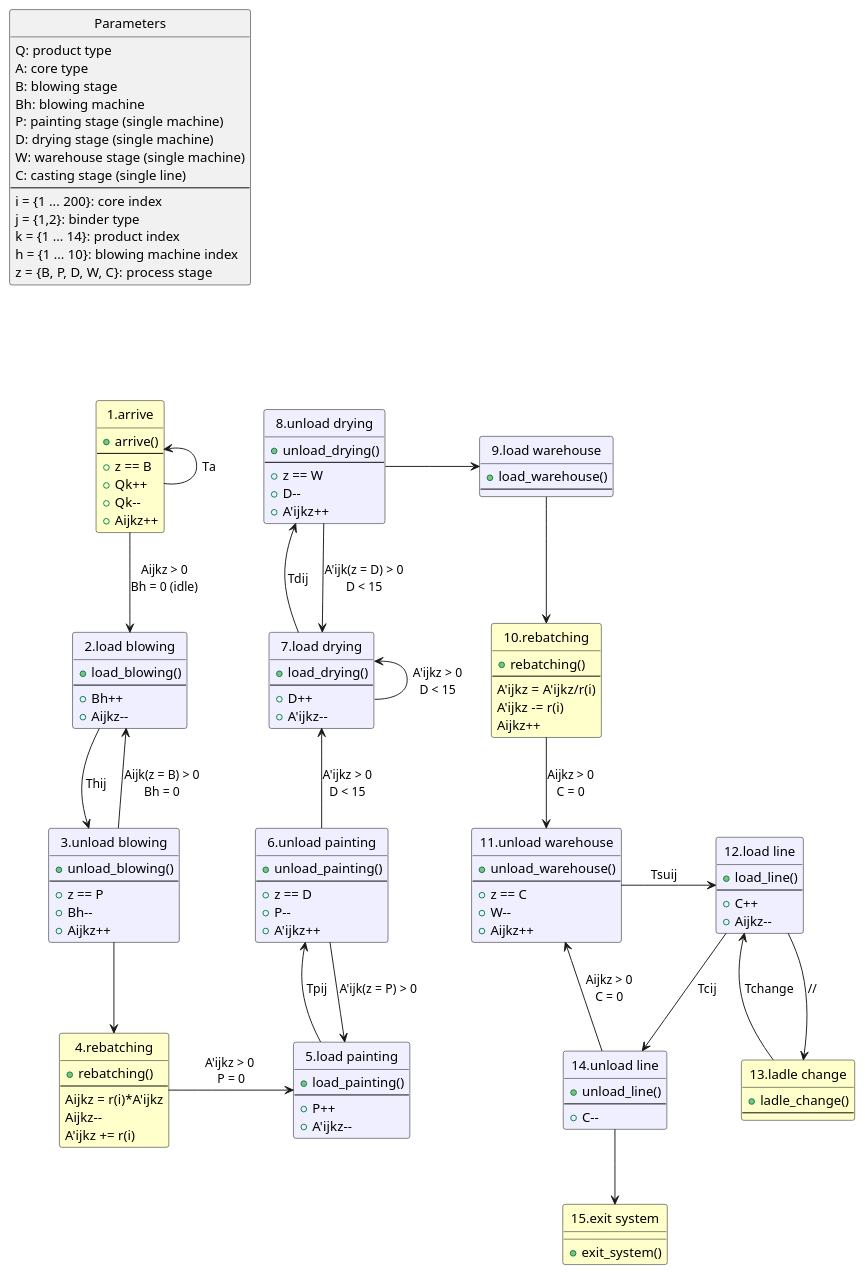
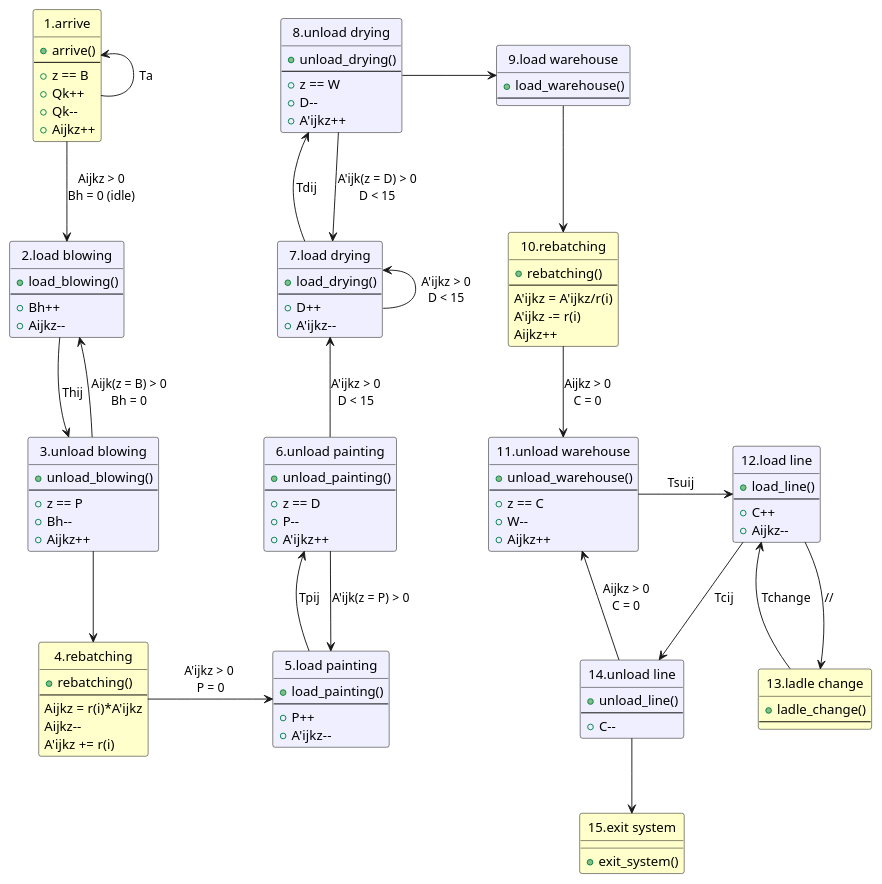
The diagram in graph.puml (michlanz/faSimJulia), drawn with PlantUML before and after one commit.

Commit message:
remove parameters

```diff
--- a/graph.puml
+++ b/graph.puml
@@ -1,177 +1,156 @@
 @startuml EventGraph
 hide circle
 hide stereotype
 
 skinparam class<<P>> {
     'BackgroundColor White
     FontColor Black
     BorderColor Black
 }
 skinparam class<<EG>> {
     BackgroundColor business
     FontColor Black
     BorderColor Black
 }
 skinparam class<<EL>> {
     BackgroundColor Motivation
     FontColor Black
     BorderColor Black
 }
 skinparam class<<EU>> {
     BackgroundColor Motivation
     FontColor Black
     BorderColor Black
-}
-
-'Parametri =====================================================
-class "Parameters" as params <<P>> {
-    Q: product type
-    A: core type
-    B: blowing stage
-    Bh: blowing machine
-    P: painting stage (single machine)
-    D: drying stage (single machine)
-    W: warehouse stage (single machine)
-    C: casting stage (single line)
-    'x: units per cart (max 40)
-    's: units per ladle
-    --
-    i = {1 ... 200}: core index
-    j = {1,2}: binder type
-    k = {1 ... 14}: product index
-    h = {1 ... 10}: blowing machine index
-    z = {B, P, D, W, C}: process stage
 }
 
 'Classi di evento =============================================
 class "1.arrive" as E1 <<EG>> {
     +arrive()
     --
     +z == B
     +Qk++
     +Qk--
     +Aijkz++
 }
 
 class "2.load blowing" as E2 <<EL>> {
     +load_blowing()
     --
     +Bh++
     +Aijkz--
 }
 
 class "3.unload blowing" as E3 <<EU>> {
     +unload_blowing()
     --
     +z == P
     +Bh--
     +Aijkz++
 }
 
 class "4.rebatching" as E4 <<EG>> {
     +rebatching()
     --
     Aijkz = r(i)*A'ijkz
     Aijkz--
     A'ijkz += r(i)
 }
 
 class "5.load painting" as E5 <<EL>> {
     +load_painting()
     --
     +P++
     +A'ijkz--
 }
 
 class "6.unload painting" as E6 <<EU>> {
     +unload_painting()
     --
     +z == D
     +P--
     +A'ijkz++
 }
 
 class "7.load drying" as E7 <<EL>> {
     +load_drying()
     --
     +D++
     +A'ijkz--
 }
 
 class "8.unload drying" as E8 <<EU>> {
     +unload_drying()
     --
     +z == W
     +D--
     +A'ijkz++
 }
 
 class "9.load warehouse" as E9 <<EL>> {
     +load_warehouse()
     --
 }
 
 class "10.rebatching" as E10 <<EG>> {
     +rebatching()
     --
     A'ijkz = A'ijkz/r(i)
     A'ijkz -= r(i)
     Aijkz++ 
 }
 
 class "11.unload warehouse" as E11 <<EU>> {
     +unload_warehouse()
     --
     +z == C
     +W--
     +Aijkz++
 }
 
 class "12.load line" as E12 <<EL>> {
     +load_line()
     --
     +C++
     +Aijkz--
 }
 
 class "13.ladle change" as E13 <<EG>> {
     +ladle_change()
     --
 }
 
 class "14.unload line" as E14 <<EU>> {
     +unload_line()
     --
     +C--
 }
 
 class "15.exit system" as E15 <<EG>> {
     +exit_system()
 }
 
 ' Archi =====================================================
-params -[hidden]--> E1
 E1 -up-> E1 : Ta
 E1 -down-> E2 : "Aijkz > 0\nBh = 0 (idle)"
 E2 -down-> E3 : Thij
 E3 -up-> E2 : "Aijk(z = B) > 0\nBh = 0"
 E3 -down-> E4
 E4 -right-> E5 : "      A'ijkz > 0       \nP = 0"
 E5 -up-> E6 : Tpij
 E6 -down-> E5 : "A'ijk(z = P) > 0"
 E6 -up-> E7 : "A'ijkz > 0\nD < 15"
 E7 -up-> E7 : "A'ijkz > 0\nD < 15"
 E7 -up-> E8 : Tdij
 E8 -down-> E7: "A'ijk(z = D) > 0\nD < 15"
 E8 -right-> E9: "                   "
 E9 -down-> E10
 E10 -down-> E11 : "Aijkz > 0\nC = 0"
 E11 -right-> E12: "    Tsuij       "
 E12 --> E13 : //
 E12 --> E14 : Tcij
 E13 --> E12 : Tchange
 E14 --> E11 : Aijkz > 0\nC = 0
 E14 --> E15
 
 
 @enduml
```
